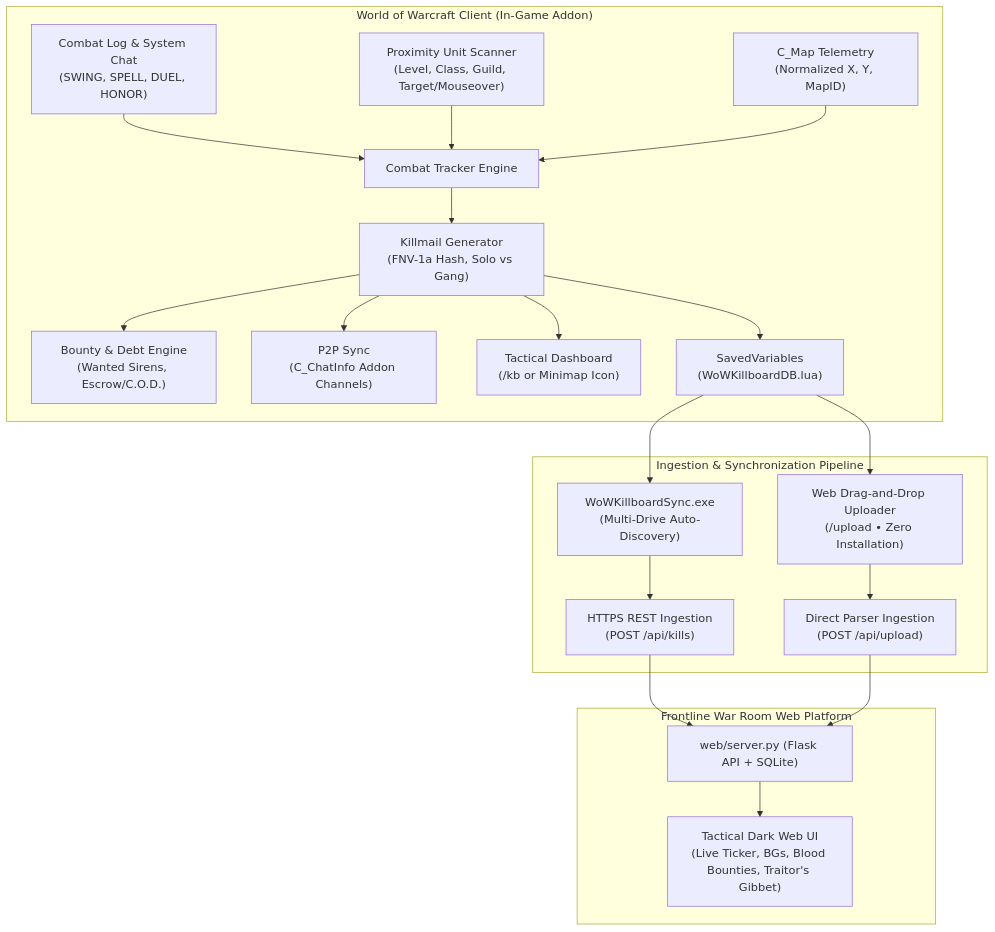
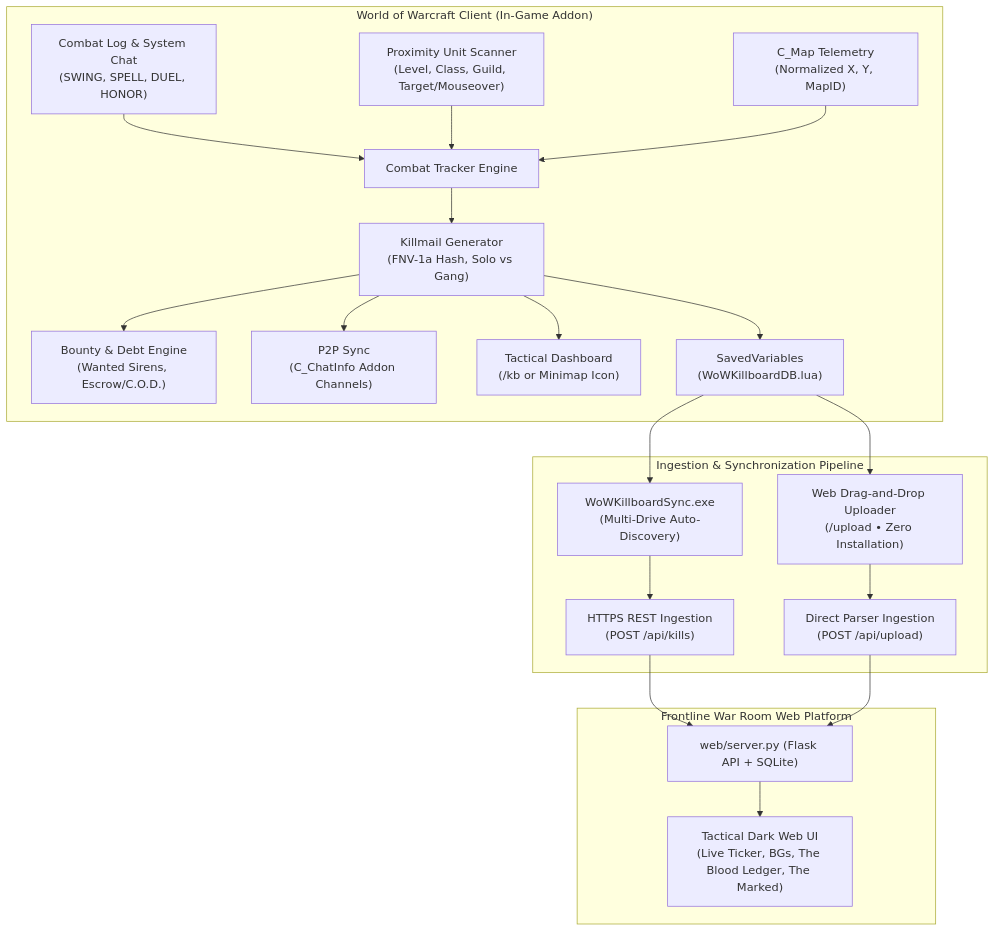
The diagram in README.md (dagariane-commits/WoW_Killboard), drawn with Mermaid before and after one commit. The commit also changed other lines of this file and 13 other files, not shown here.

````diff
--- a/README.md
+++ b/README.md
@@ -34,26 +34,26 @@
 ```mermaid
 flowchart TD
     subgraph Client ["World of Warcraft Client (In-Game Addon)"]
         CL["Combat Log & System Chat\n(SWING, SPELL, DUEL, HONOR)"] --> CT["Combat Tracker Engine"]
         US["Proximity Unit Scanner\n(Level, Class, Guild, Target/Mouseover)"] --> CT
         GPS["C_Map Telemetry\n(Normalized X, Y, MapID)"] --> CT
         CT --> KM["Killmail Generator\n(FNV-1a Hash, Solo vs Gang)"]
         KM --> BE["Bounty & Debt Engine\n(Wanted Sirens, Escrow/C.O.D.)"]
         KM --> P2P["P2P Sync\n(C_ChatInfo Addon Channels)"]
         KM --> IGUI["Tactical Dashboard\n(/kb or Minimap Icon)"]
         KM --> SV["SavedVariables\n(WoWKillboardDB.lua)"]
     end
 
     subgraph Ingestion ["Ingestion & Synchronization Pipeline"]
         SV --> Watcher["WoWKillboardSync.exe\n(Multi-Drive Auto-Discovery)"]
         SV --> WebDrop["Web Drag-and-Drop Uploader\n(/upload • Zero Installation)"]
         Watcher --> API["HTTPS REST Ingestion\n(POST /api/kills)"]
         WebDrop --> API2["Direct Parser Ingestion\n(POST /api/upload)"]
     end
 
     subgraph Web ["Frontline War Room Web Platform"]
         API --> Server["web/server.py (Flask API + SQLite)"]
         API2 --> Server
-        Server --> WebUI["Tactical Dark Web UI\n(Live Ticker, BGs, Blood Bounties, Traitor's Gibbet)"]
+        Server --> WebUI["Tactical Dark Web UI\n(Live Ticker, BGs, The Blood Ledger, The Marked)"]
     end
 ```
````
